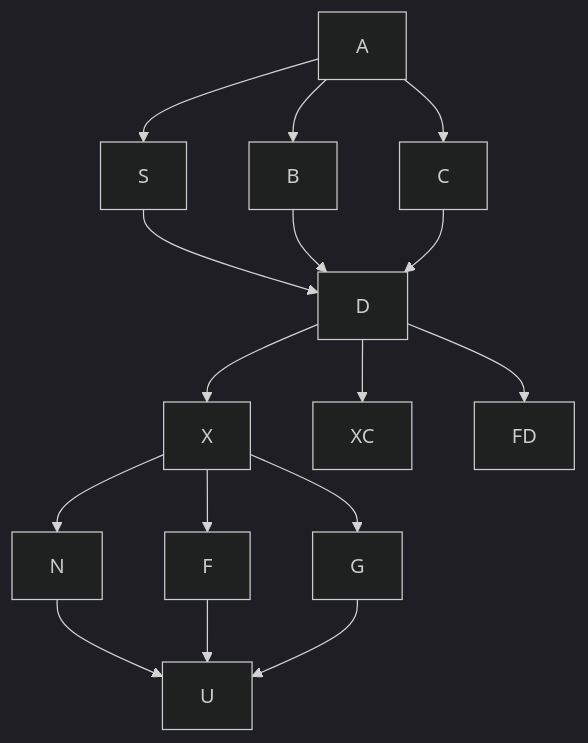
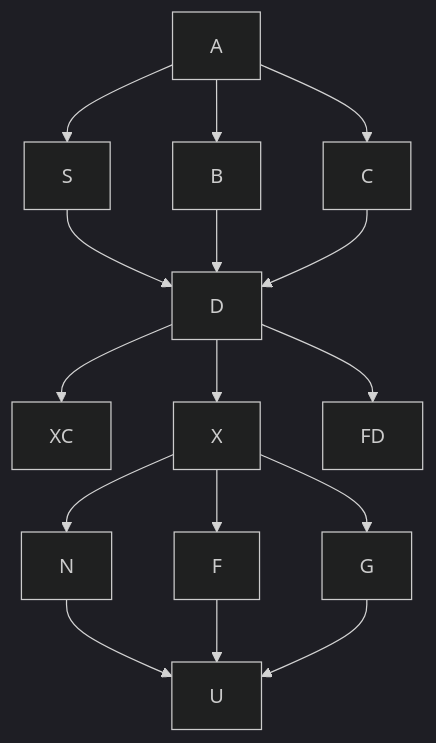
Before and after one commit to editscanx/ScanX_app: the diagram in التطبيق/مواصفات.md, drawn with Mermaid (dark theme).

````diff
--- a/التطبيق/مواصفات.md
+++ b/التطبيق/مواصفات.md
@@ -1,19 +1,19 @@
 ```mermaid
 graph TD;
     A-->B;
     A-->C;
 A-->S;
 S-->D;
     B-->D;
     C-->D;
-    D-->X;
+    D-->XC;
 X-->N;
 X-->F;
 X-->G;
 N-->U;
 F-->U;
 G-->U;
-D-->XC;
+D-->X;
 D-->FD;
 
 ```
````
